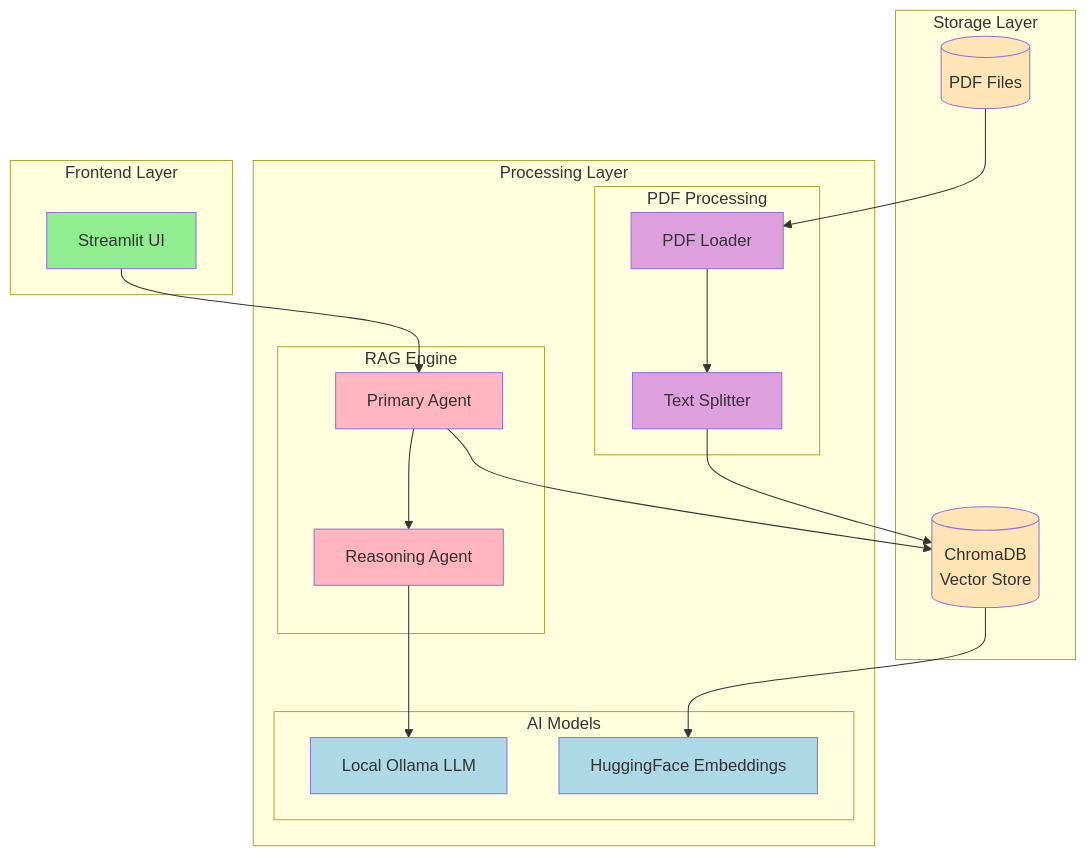
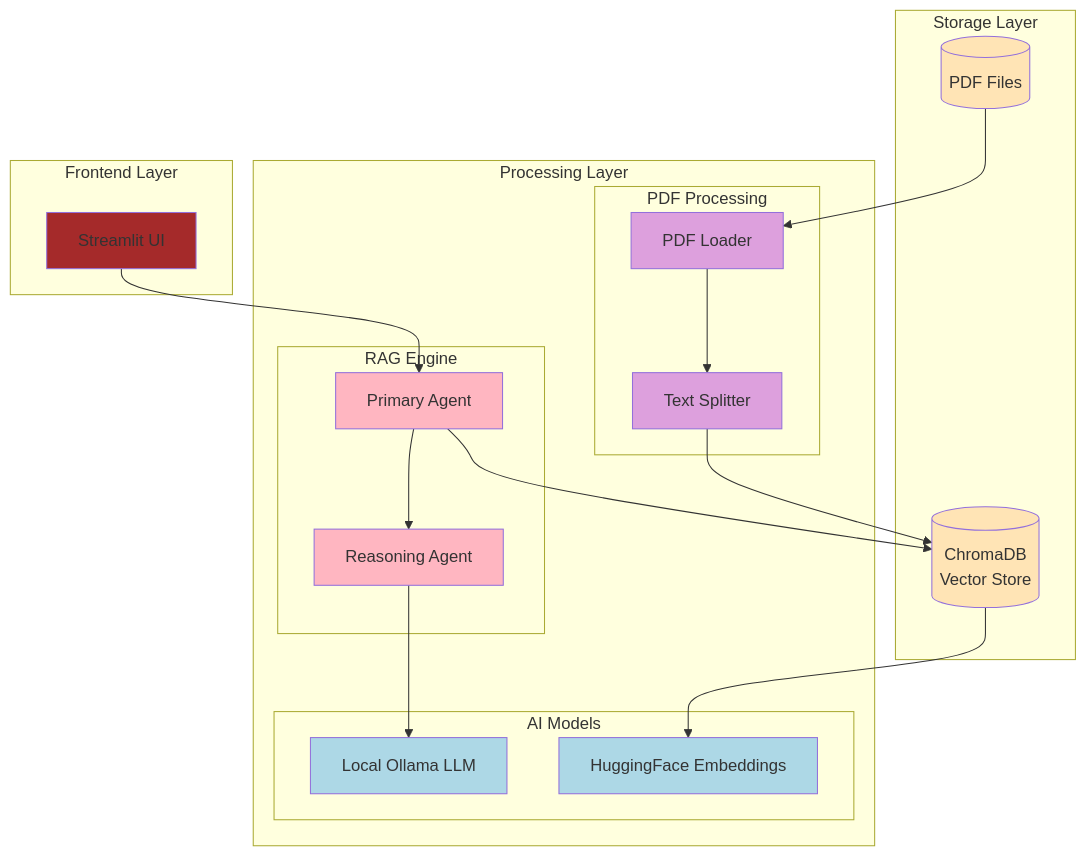
The first of 2 diagrams in architecture.md (nivishan-data/basic_rag), drawn with Mermaid before and after one commit.

Commit message:
Project Architecture1

````diff
--- a/architecture.md
+++ b/architecture.md
@@ -4,51 +4,51 @@
 ```mermaid
 graph TB
     subgraph Frontend["Frontend Layer"]
         ST[Streamlit UI]
-        style ST fill:#90EE90
+        style ST fill:#A52A2A
     end
 
     subgraph Processing["Processing Layer"]
         subgraph RAG["RAG Engine"]
             PA[Primary Agent]
             RA[Reasoning Agent]
             style PA fill:#FFB6C1
             style RA fill:#FFB6C1
         end
         
         subgraph Models["AI Models"]
             LLM[Local Ollama LLM]
             EMB[HuggingFace Embeddings]
             style LLM fill:#ADD8E6
             style EMB fill:#ADD8E6
         end
         
         subgraph Ingestion["PDF Processing"]
             PL[PDF Loader]
             TS[Text Splitter]
             style PL fill:#DDA0DD
             style TS fill:#DDA0DD
         end
     end
 
     subgraph Storage["Storage Layer"]
         VDB[(ChromaDB<br/>Vector Store)]
         PDFs[(PDF Files)]
         style VDB fill:#FFE4B5
         style PDFs fill:#FFE4B5
     end
 
     %% Frontend to Processing connections
     ST --> PA
 
     %% Processing internal connections
     PA --> RA
     PA --> VDB
     RA --> LLM
     PL --> TS
     TS --> VDB
     VDB --> EMB
 
     %% Storage connections
     PDFs --> PL
 ```
````
